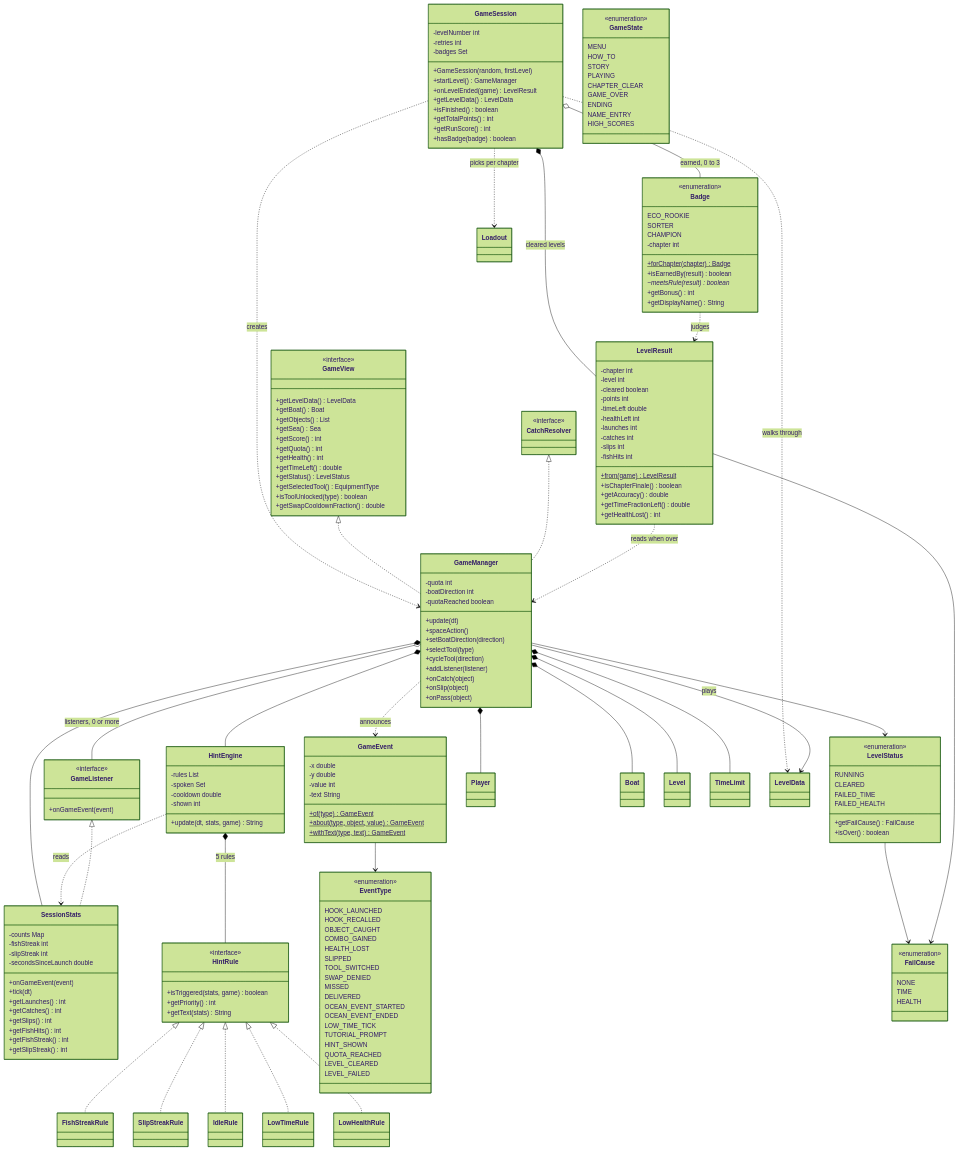
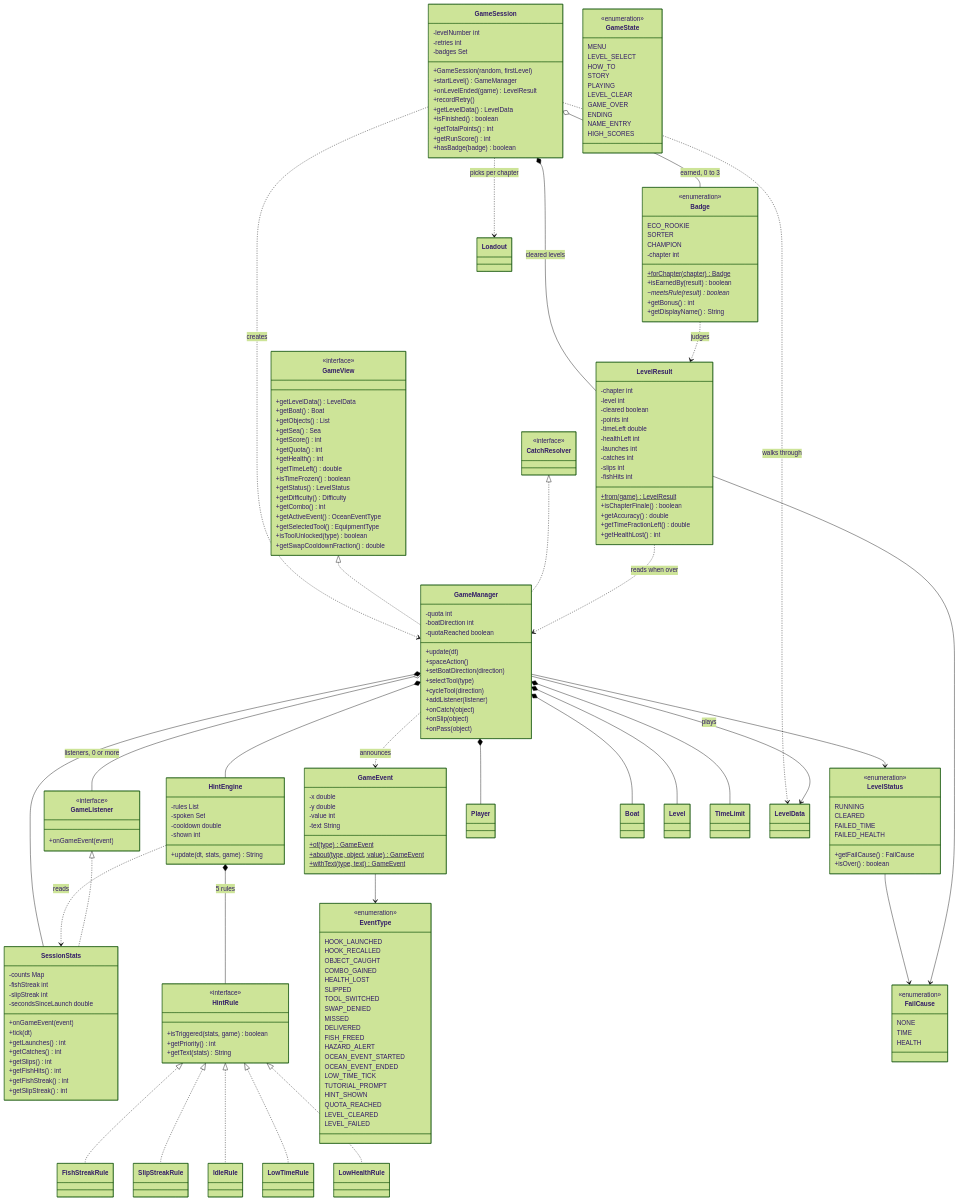
One commit to NJJAV33/Fish2trash changed the fourth of 7 diagrams in docs/class-diagram.md. Above: the diagram before and after it, drawn with Mermaid (forest theme). The commit also changed other lines of this file and 42 other files, not shown here.

```diff
--- a/docs/class-diagram.md
+++ b/docs/class-diagram.md
@@ -473,6 +473,7 @@
         +GameSession(random, firstLevel)
         +startLevel() GameManager
         +onLevelEnded(game) LevelResult
+        +recordRetry()
         +getLevelData() LevelData
         +isFinished() boolean
         +getTotalPoints() int
@@ -505,7 +506,11 @@
         +getQuota() int
         +getHealth() int
         +getTimeLeft() double
+        +isTimeFrozen() boolean
         +getStatus() LevelStatus
+        +getDifficulty() Difficulty
+        +getCombo() int
+        +getActiveEvent() OceanEventType
         +getSelectedTool() EquipmentType
         +isToolUnlocked(type) boolean
         +getSwapCooldownFraction() double
@@ -578,6 +583,8 @@
         SWAP_DENIED
         MISSED
         DELIVERED
+        FISH_FREED
+        HAZARD_ALERT
         OCEAN_EVENT_STARTED
         OCEAN_EVENT_ENDED
         LOW_TIME_TICK
@@ -639,10 +646,11 @@
     class GameState {
         <<enumeration>>
         MENU
+        LEVEL_SELECT
         HOW_TO
         STORY
         PLAYING
-        CHAPTER_CLEAR
+        LEVEL_CLEAR
         GAME_OVER
         ENDING
         NAME_ENTRY
```
